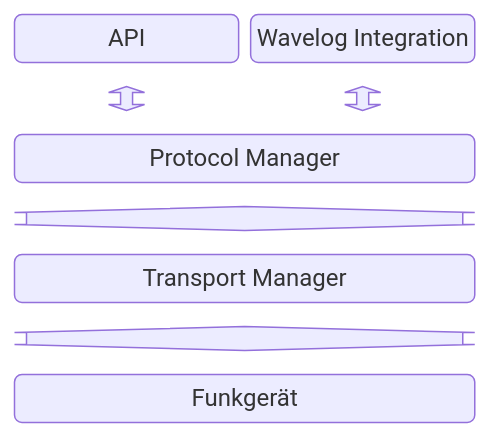
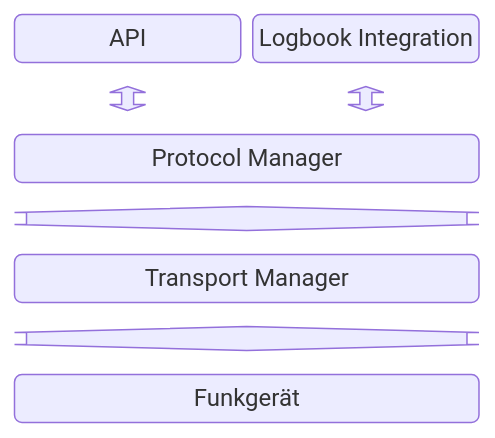
Before and after one commit to m2-eng/RigBridge: the first of 6 diagrams in docs/ARCHITECTURE.md, drawn with Mermaid. The commit also changed other lines of this file and 14 other files, not shown here.

First line of the commit message:
refactor: New architecture for the logbook integartion (#34)

````diff
--- a/docs/ARCHITECTURE.md
+++ b/docs/ARCHITECTURE.md
@@ -7,21 +8,21 @@
 ```mermaid
 block
   columns 2
 
   id_api("API"):1
-  id_wi("Wavelog Integration"):1
+  id_wi("Logbook Integration"):1
   
   id_pm_api<[" "]>(y):1
   id_pm_wl<[" "]>(y):1
 
   id_pm("Protocol Manager"):2
 
   id_pm_tm<[" "]>(y):2
 
   id_tm("Transport Manager"):2
 
   id_tm_radio<[" "]>(y):2
 
   id_radio("Funkgerät"):2
 
 ```
````
